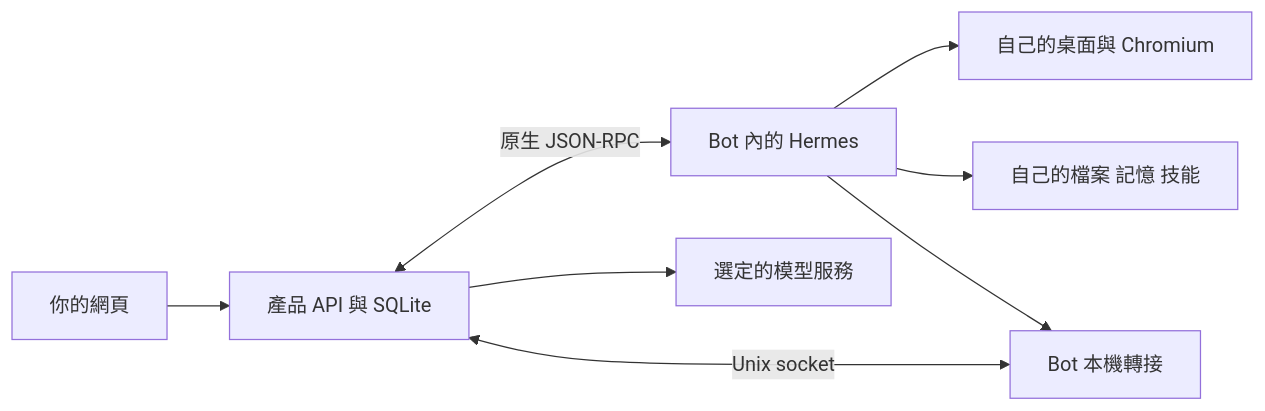
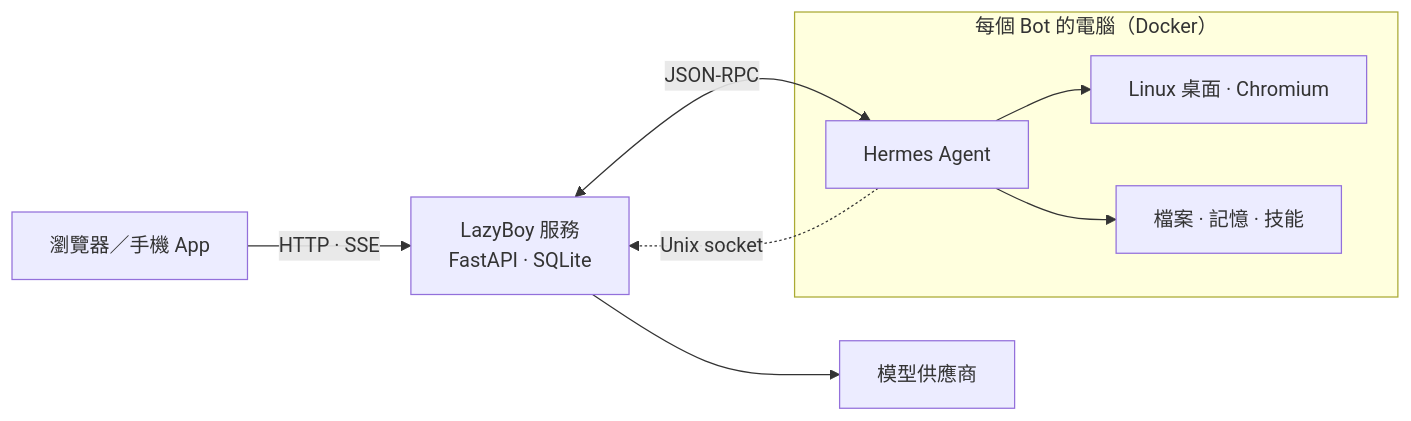
The diagram in README.md (igs170911/LazyBoy), drawn with Mermaid before and after one commit. The commit also changed other lines of this file and 23 other files, not shown here.

````diff
--- a/README.md
+++ b/README.md
@@ -163,10 +166,17 @@
 ```mermaid
 flowchart LR
-  U[你的網頁] --> P[產品 API 與 SQLite]
-  P <-->|原生 JSON-RPC| H[Bot 內的 Hermes]
-  H --> C[自己的桌面與 Chromium]
-  H --> F[自己的檔案 記憶 技能]
-  H --> L[Bot 本機轉接]
-  L <-->|Unix socket| P
-  P --> M[選定的模型服務]
+  U[瀏覽器／手機 App]
+  P[LazyBoy 服務<br/>FastAPI · SQLite]
+  M[模型供應商]
+  subgraph C[每個 Bot 的電腦（Docker）]
+    H[Hermes Agent]
+    D[Linux 桌面 · Chromium]
+    F[檔案 · 記憶 · 技能]
+  end
+  U -->|HTTP · SSE| P
+  P <-->|JSON-RPC| H
+  H --> D
+  H --> F
+  H -.->|Unix socket| P
+  P --> M
 ```
````
